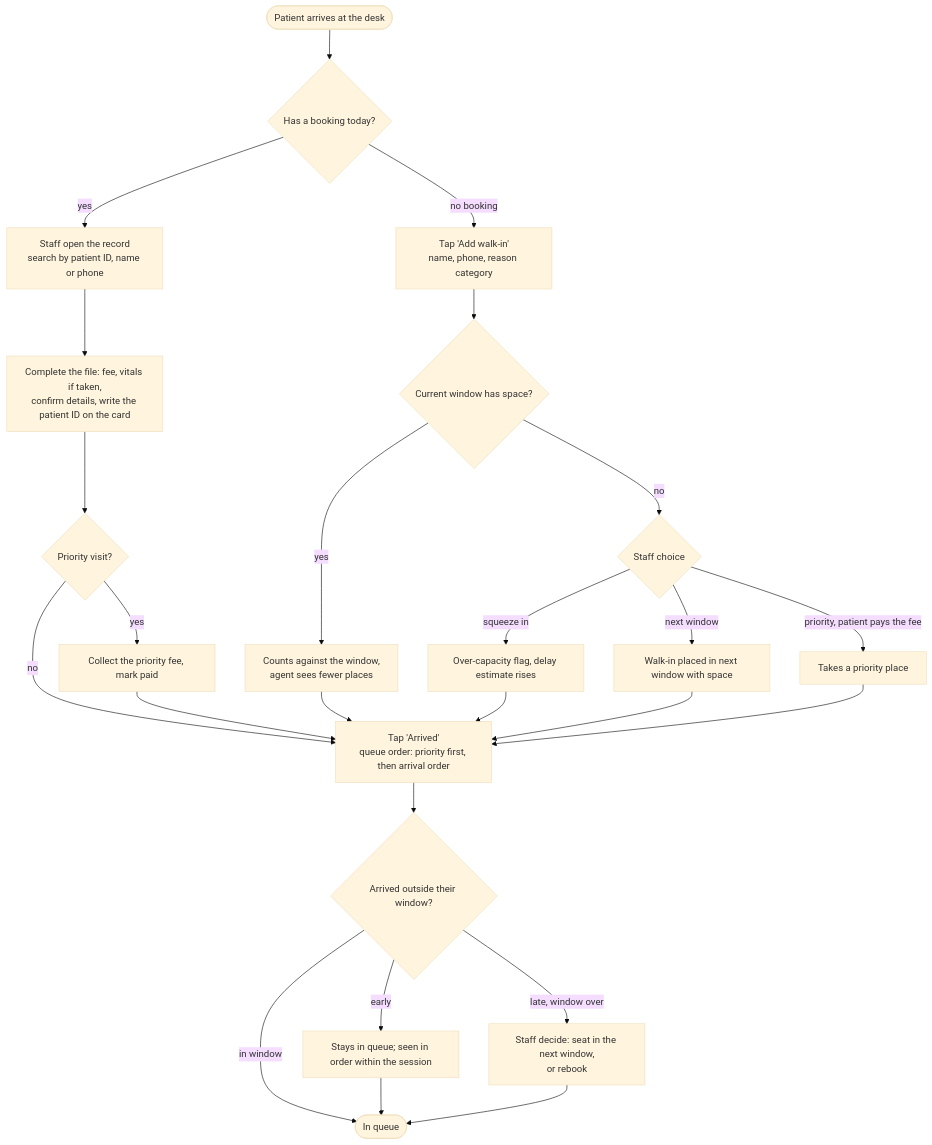
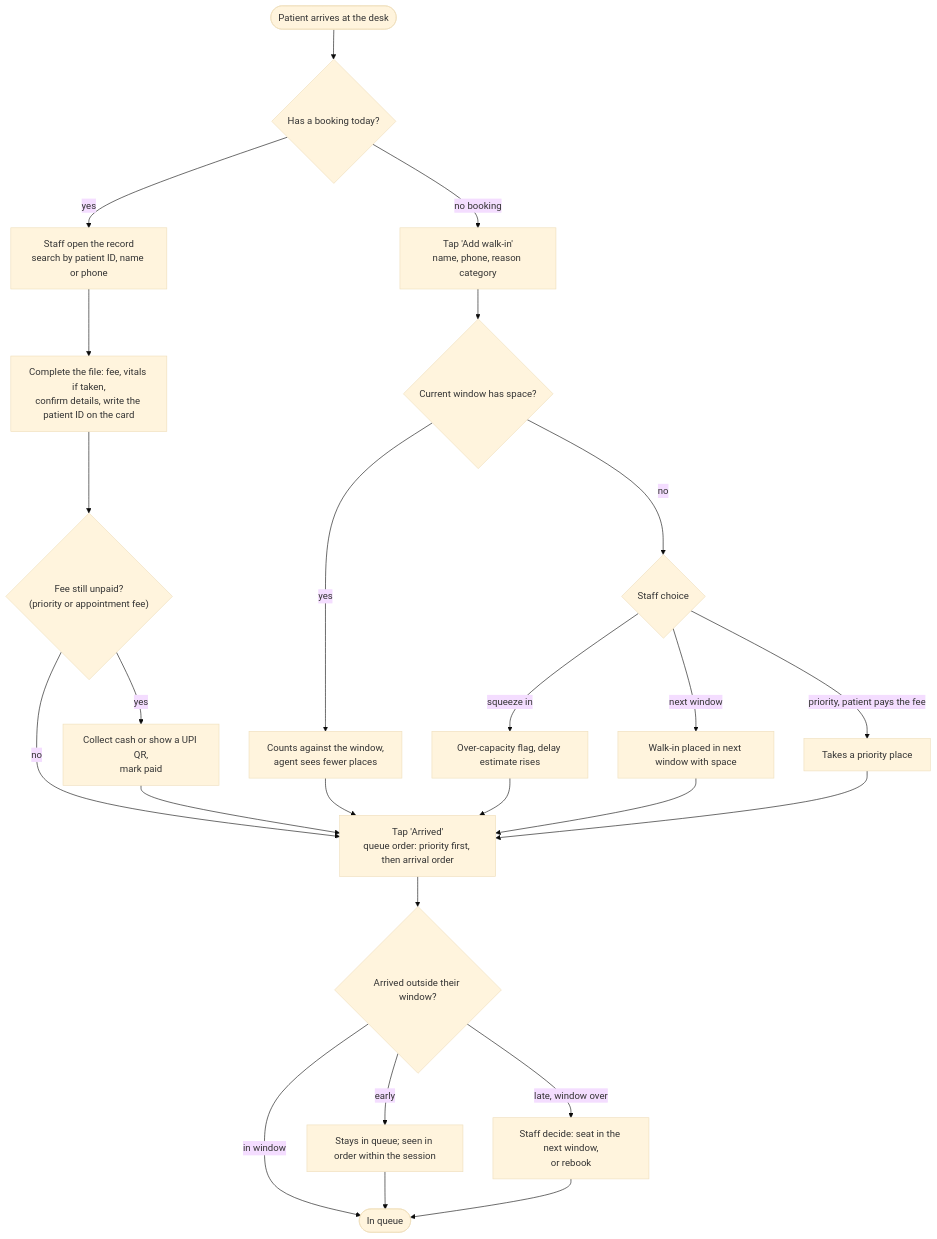
Before and after one commit to Anupamgt/tts-agent-1: the first of 4 diagrams in docs/flows/09-day-of-operations.md, drawn with Mermaid (base theme). The commit also changed other lines of this file and 13 other files, not shown here.

````diff
--- a/docs/flows/09-day-of-operations.md
+++ b/docs/flows/09-day-of-operations.md
@@ -11,28 +12,28 @@
 ```mermaid
 flowchart TD
     A0(["Patient arrives at the desk"]) --> A1{"Has a booking today?"}
     A1 -->|"yes"| A2["Staff open the record<br/>search by patient ID, name or phone"]
     A2 --> A3["Complete the file: fee, vitals if taken,<br/>confirm details, write the patient ID on the card"]
-    A3 --> A3b{"Priority visit?"}
-    A3b -->|"yes"| A3c["Collect the priority fee, mark paid"]
+    A3 --> A3b{"Fee still unpaid?<br/>(priority or appointment fee)"}
+    A3b -->|"yes"| A3c["Collect cash or show a UPI QR,<br/>mark paid"]
     A3b -->|"no"| A4
     A3c --> A4
     A4["Tap 'Arrived'<br/>queue order: priority first, then arrival order"]
     A1 -->|"no booking"| A5["Tap 'Add walk-in'<br/>name, phone, reason category"]
     A5 --> A6{"Current window has space?"}
     A6 -->|"yes"| A7["Counts against the window,<br/>agent sees fewer places"]
     A6 -->|"no"| A8{"Staff choice"}
     A8 -->|"squeeze in"| A9["Over-capacity flag, delay estimate rises"]
     A8 -->|"next window"| A10["Walk-in placed in next window with space"]
     A8 -->|"priority, patient pays the fee"| A11["Takes a priority place"]
     A7 --> A4
     A9 --> A4
     A10 --> A4
     A11 --> A4
     A4 --> A12{"Arrived outside their window?"}
     A12 -->|"early"| A13["Stays in queue; seen in order within the session"]
     A12 -->|"late, window over"| A14["Staff decide: seat in the next window,<br/>or rebook"]
     A12 -->|"in window"| A15(["In queue"])
     A13 --> A15
     A14 --> A15
 ```
````
